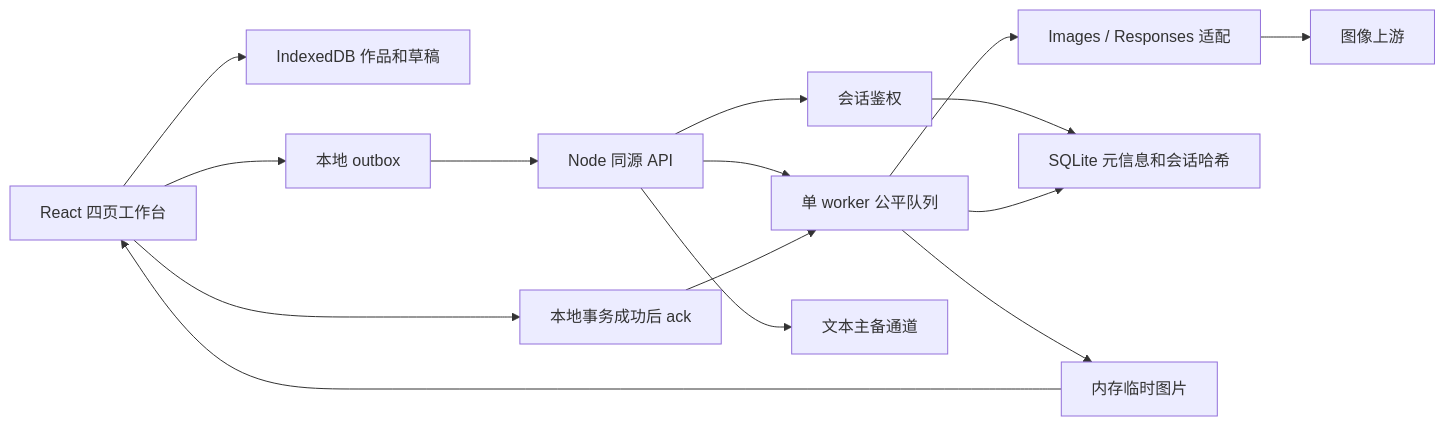
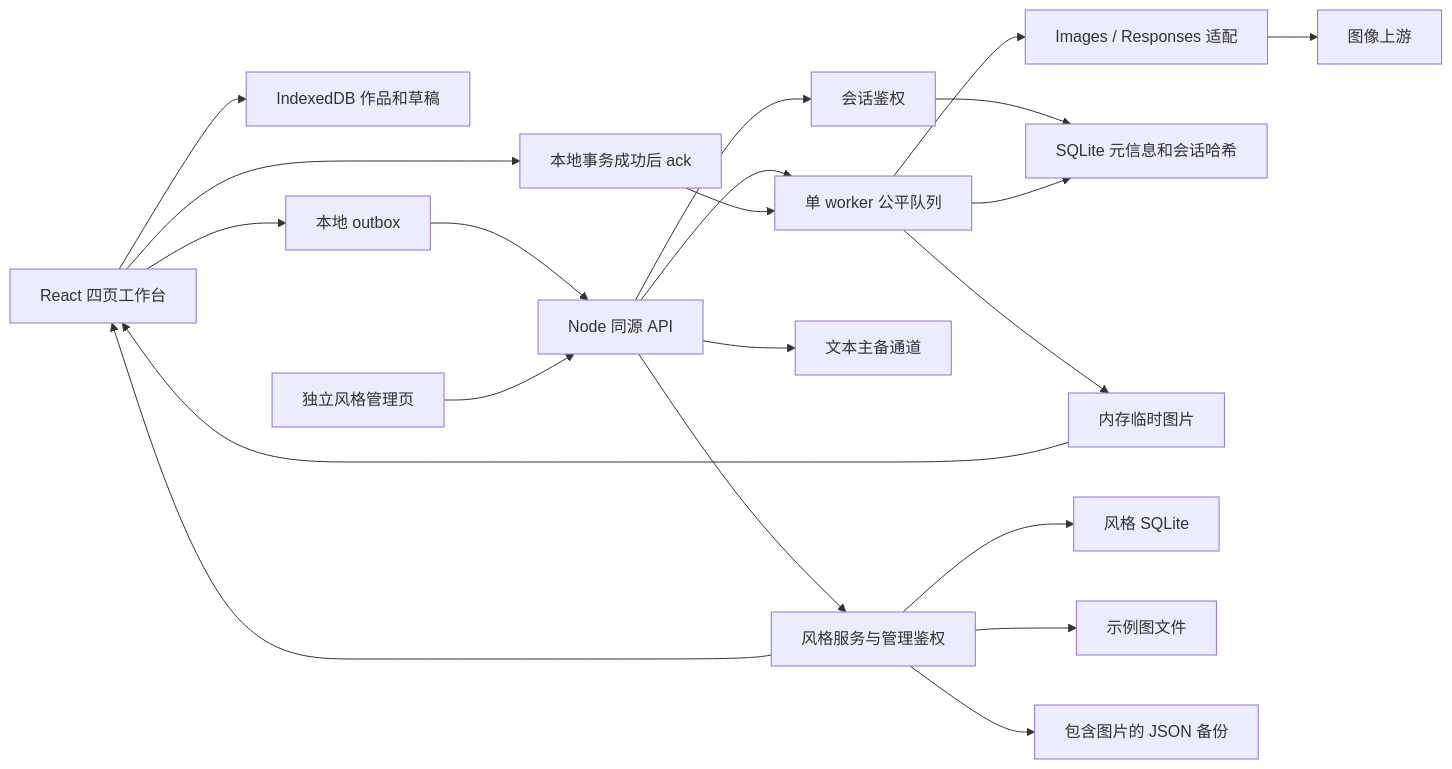
Before and after one commit to rianlu/sprout-canvas: the diagram in docs/FEATURE_ARCHITECTURE_REVIEW.md, drawn with Mermaid. The commit also changed other lines of this file and 86 other files, not shown here.

````diff
--- a/docs/FEATURE_ARCHITECTURE_REVIEW.md
+++ b/docs/FEATURE_ARCHITECTURE_REVIEW.md
@@ -107,17 +116,23 @@
 ```mermaid
 flowchart LR
     UI[React 四页工作台] --> LOCAL[IndexedDB 作品和草稿]
     UI --> OUTBOX[本地 outbox]
     OUTBOX --> API[Node 同源 API]
     API --> AUTH[会话鉴权]
     API --> Q[单 worker 公平队列]
     Q --> ADAPTER[Images / Responses 适配]
     ADAPTER --> PROVIDER[图像上游]
     API --> TEXT[文本主备通道]
     AUTH --> DB[SQLite 元信息和会话哈希]
     Q --> DB
     Q --> RAM[内存临时图片]
     RAM --> UI
     UI --> ACK[本地事务成功后 ack]
     ACK --> Q
+    ADMIN[独立风格管理页] --> API
+    API --> STYLE[风格服务与管理鉴权]
+    STYLE --> STYLE_DB[风格 SQLite]
+    STYLE --> FILES[示例图文件]
+    STYLE --> BACKUP[包含图片的 JSON 备份]
+    STYLE --> UI
 ```
````
